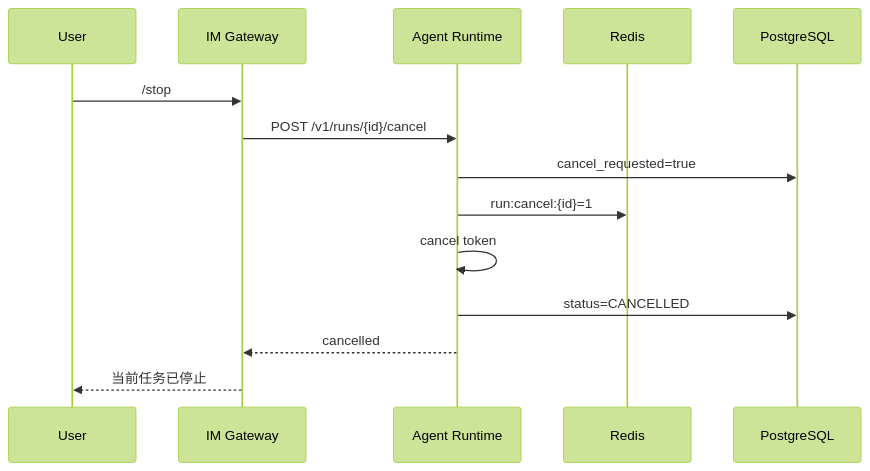
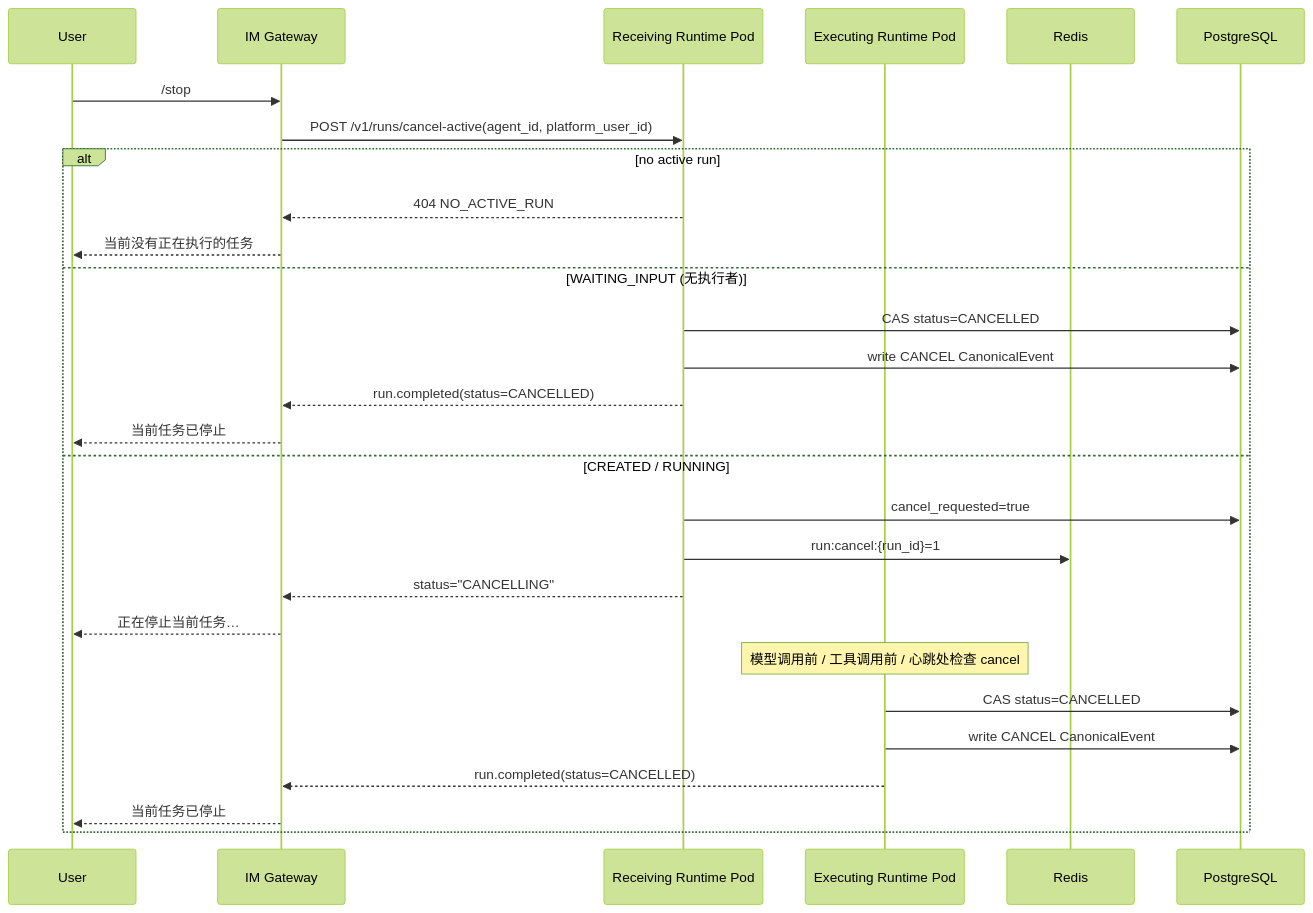
One commit to Michaelxwb/fluxion-harness changed the seventh of 22 diagrams in docs/08-关键流程时序与状态机详细设计.md. Above: the diagram before and after it, drawn with Mermaid (forest theme). The commit also changed other lines of this file and 55 other files, not shown here.

````diff
--- a/docs/08-关键流程时序与状态机详细设计.md
+++ b/docs/08-关键流程时序与状态机详细设计.md
@@ -193,17 +193,31 @@
 ```mermaid
 sequenceDiagram
     participant U as User
     participant IG as IM Gateway
-    participant AR as Agent Runtime
+    participant RP as Receiving Runtime Pod
+    participant EP as Executing Runtime Pod
     participant RD as Redis
     participant PG as PostgreSQL
 
     U->>IG: /stop
-    IG->>AR: POST /v1/runs/{id}/cancel
-    AR->>PG: cancel_requested=true
-    AR->>RD: run:cancel:{id}=1
-    AR->>AR: cancel token
-    AR->>PG: status=CANCELLED
-    AR-->>IG: cancelled
-    IG-->>U: 当前任务已停止
+    IG->>RP: POST /v1/runs/cancel-active(agent_id, platform_user_id)
+    alt no active run
+        RP-->>IG: 404 NO_ACTIVE_RUN
+        IG-->>U: 当前没有正在执行的任务
+    else WAITING_INPUT (无执行者)
+        RP->>PG: CAS status=CANCELLED
+        RP->>PG: write CANCEL CanonicalEvent
+        RP-->>IG: run.completed(status=CANCELLED)
+        IG-->>U: 当前任务已停止
+    else CREATED / RUNNING
+        RP->>PG: cancel_requested=true
+        RP->>RD: run:cancel:{run_id}=1
+        RP-->>IG: status="CANCELLING"
+        IG-->>U: 正在停止当前任务…
+        Note over EP: 模型调用前 / 工具调用前 / 心跳处检查 cancel
+        EP->>PG: CAS status=CANCELLED
+        EP->>PG: write CANCEL CanonicalEvent
+        EP-->>IG: run.completed(status=CANCELLED)
+        IG-->>U: 当前任务已停止
+    end
 ```
````
